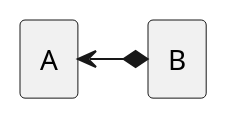
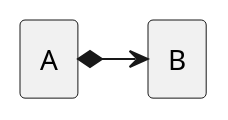
One commit to gigl-uml/Guide_uml_polymtl changed the diagram in compositionRelationshipExample.plantuml. Above: the diagram before and after it, drawn with PlantUML. The commit also changed 14 other files, not shown here.

```diff
--- a/compositionRelationshipExample.plantuml
+++ b/compositionRelationshipExample.plantuml
@@ -1,6 +1,6 @@
 @startuml
 rectangle A
 rectangle B
 
-A <-r-* B
+A *-r-> B
 @enduml
```
